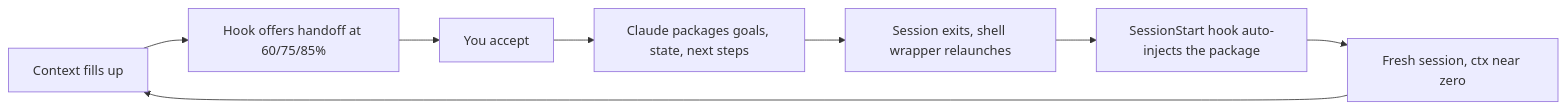
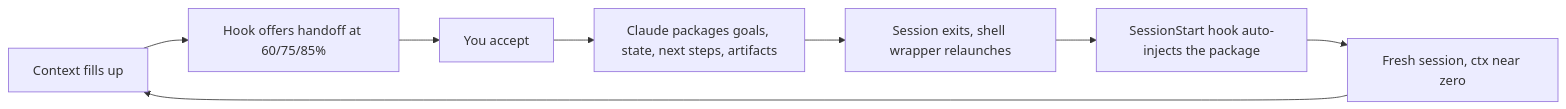
The first of 2 diagrams in README.md (arthur-bump-pm/overclaude), drawn with Mermaid before and after one commit. The commit also changed other lines of this file and 6 other files, not shown here.

````diff
--- a/README.md
+++ b/README.md
@@ -72,10 +83,10 @@
 ```mermaid
 flowchart LR
     A[Context fills up] --> B[Hook offers handoff at 60/75/85%]
     B --> C[You accept]
-    C --> D[Claude packages goals, state, next steps]
+    C --> D[Claude packages goals, state, next steps, artifacts]
     D --> E[Session exits, shell wrapper relaunches]
     E --> F[SessionStart hook auto-injects the package]
     F --> G[Fresh session, ctx near zero]
     G --> A
 ```
````
